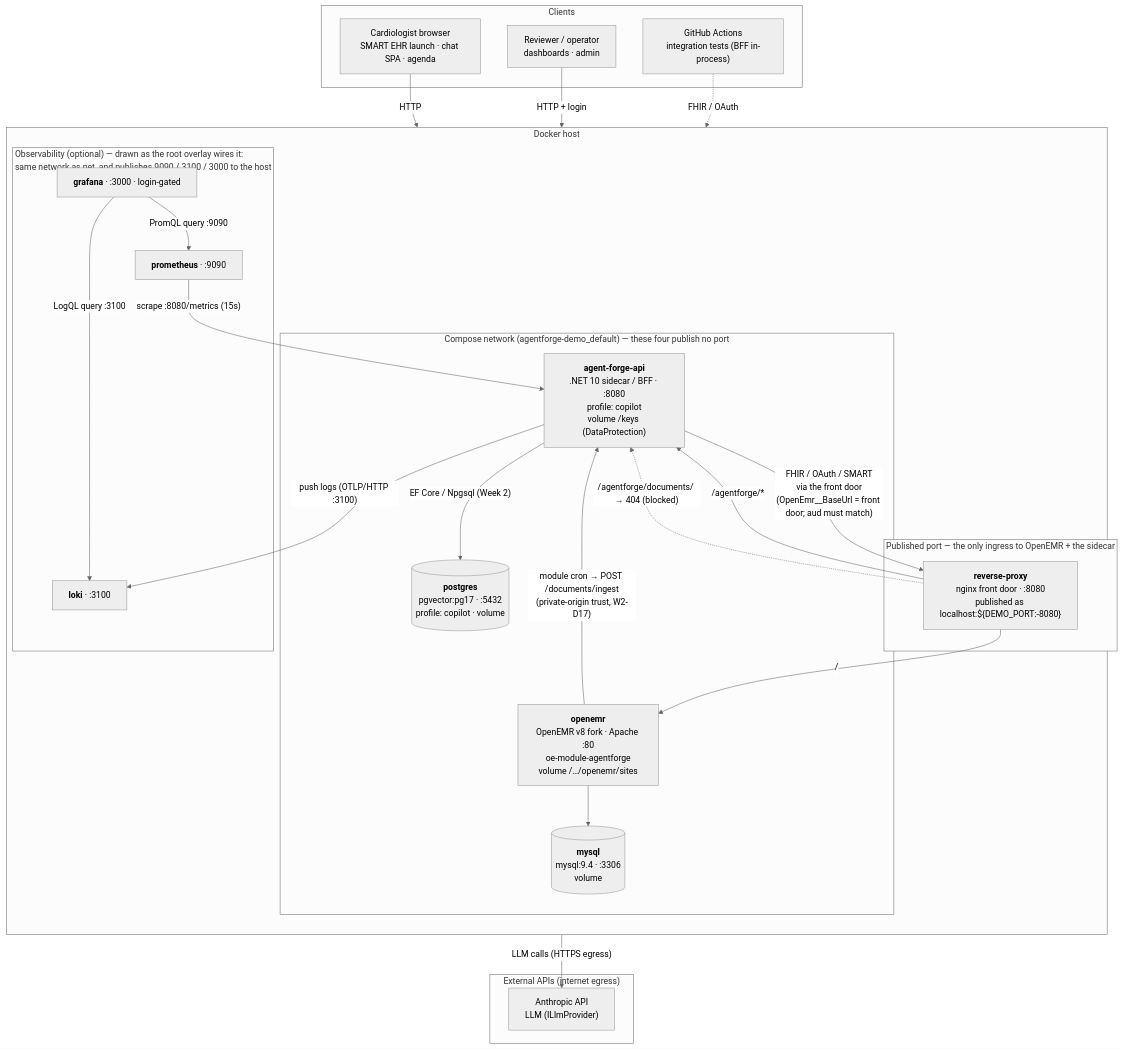
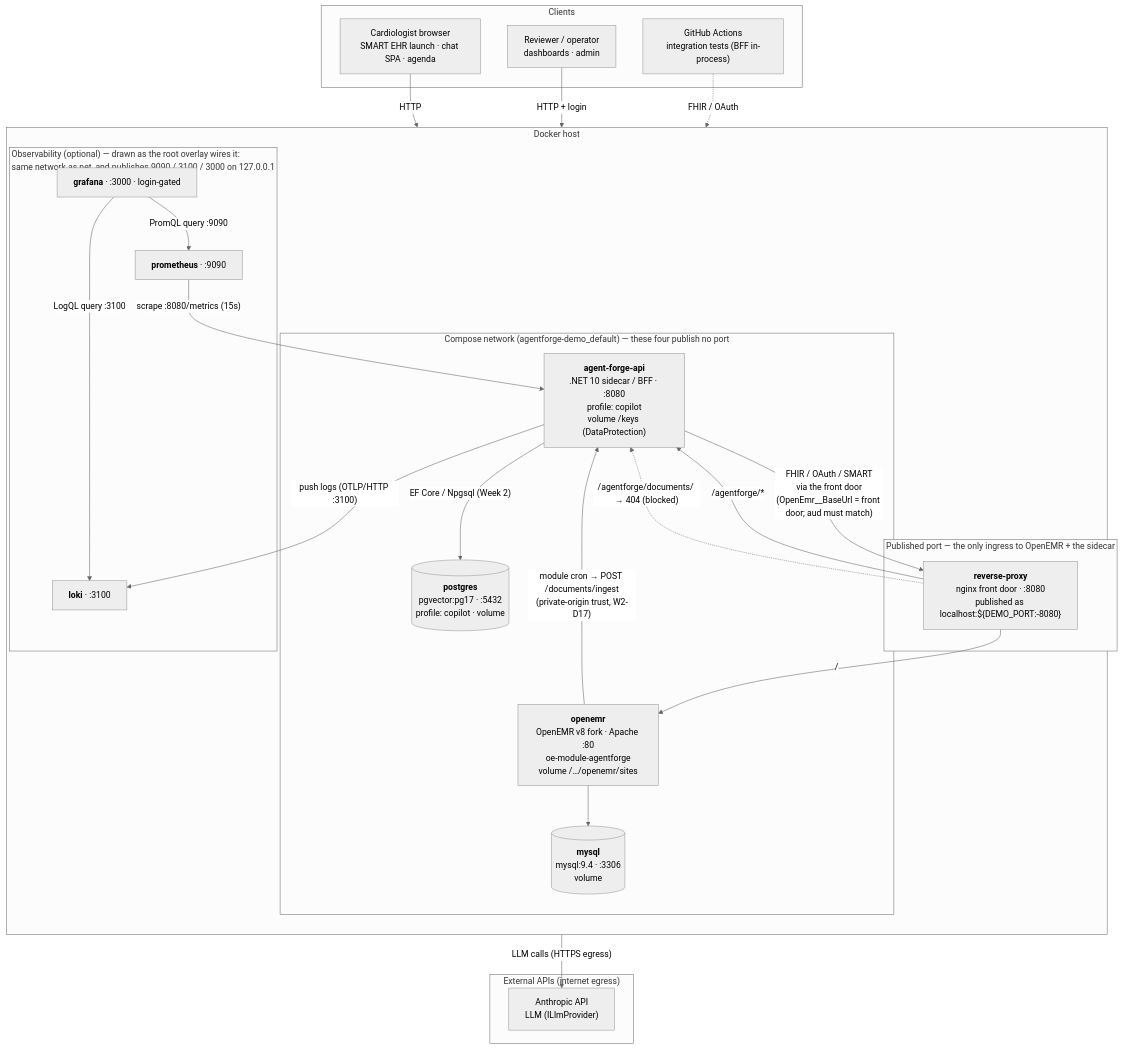
The diagram in documentation/DEPLOYMENT_TOPOLOGY.md (adammarquette/agent-forge-copilot), drawn with Mermaid (neutral theme) before and after one commit. The commit also changed other lines of this file and 5 other files, not shown here.

````diff
--- a/documentation/DEPLOYMENT_TOPOLOGY.md
+++ b/documentation/DEPLOYMENT_TOPOLOGY.md
@@ -23,58 +23,58 @@
 ```mermaid
 flowchart TB
     subgraph users["Clients"]
         clin["Cardiologist browser<br/>SMART EHR launch · chat SPA · agenda"]
         ops["Reviewer / operator<br/>dashboards · admin"]
         ci["GitHub Actions<br/>integration tests (BFF in-process)"]
     end
 
     subgraph host["Docker host"]
         direction TB
 
         subgraph pub["Published port — the only ingress to OpenEMR + the sidecar"]
             proxy["<b>reverse-proxy</b><br/>nginx front door · :8080<br/>published as localhost:${DEMO_PORT:-8080}"]
         end
 
         subgraph net["Compose network (agentforge-demo_default) — these four publish no port"]
             sidecar["<b>agent-forge-api</b><br/>.NET 10 sidecar / BFF · :8080<br/>profile: copilot<br/>volume /keys (DataProtection)"]
             oemr["<b>openemr</b><br/>OpenEMR v8 fork · Apache :80<br/>oe-module-agentforge<br/>volume /…/openemr/sites"]
             pg[("<b>postgres</b><br/>pgvector:pg17 · :5432<br/>profile: copilot · volume")]
             mysql[("<b>mysql</b><br/>mysql:9.4 · :3306<br/>volume")]
         end
 
-        subgraph obs["Observability (optional) — drawn as the root overlay wires it:<br/>same network as net, and publishes 9090 / 3100 / 3000 to the host"]
+        subgraph obs["Observability (optional) — drawn as the root overlay wires it:<br/>same network as net, and publishes 9090 / 3100 / 3000 on 127.0.0.1"]
             prom["<b>prometheus</b> · :9090"]
             loki["<b>loki</b> · :3100"]
             grafana["<b>grafana</b> · :3000 · login-gated"]
         end
     end
 
     subgraph ext["External APIs (internet egress)"]
         anthropic["Anthropic API<br/>LLM (ILlmProvider)"]
     end
 
     %% ingress
     clin -->|HTTP| proxy
     ops -->|HTTP + login| grafana
     ci -.->|FHIR / OAuth| proxy
 
     %% proxy routing
     proxy -->|"/"| oemr
     proxy -->|"/agentforge/*"| sidecar
     proxy -. "/agentforge/documents/ → 404 (blocked)" .-> sidecar
 
     %% sidecar dependencies
     sidecar -->|"FHIR / OAuth / SMART<br/>via the front door<br/>(OpenEmr__BaseUrl = front door; aud must match)"| proxy
     sidecar -->|"EF Core / Npgsql (Week 2)"| pg
     sidecar -->|"LLM calls (HTTPS egress)"| anthropic
 
     %% openemr dependencies + ingestion
     oemr --> mysql
     oemr -->|"module cron → POST /documents/ingest<br/>(private-origin trust, W2-D17)"| sidecar
 
     %% observability
     prom -->|"scrape :8080/metrics (15s)"| sidecar
     sidecar -->|"push logs (OTLP/HTTP :3100)"| loki
     grafana -->|"PromQL query :9090"| prom
     grafana -->|"LogQL query :3100"| loki
 ```
````
